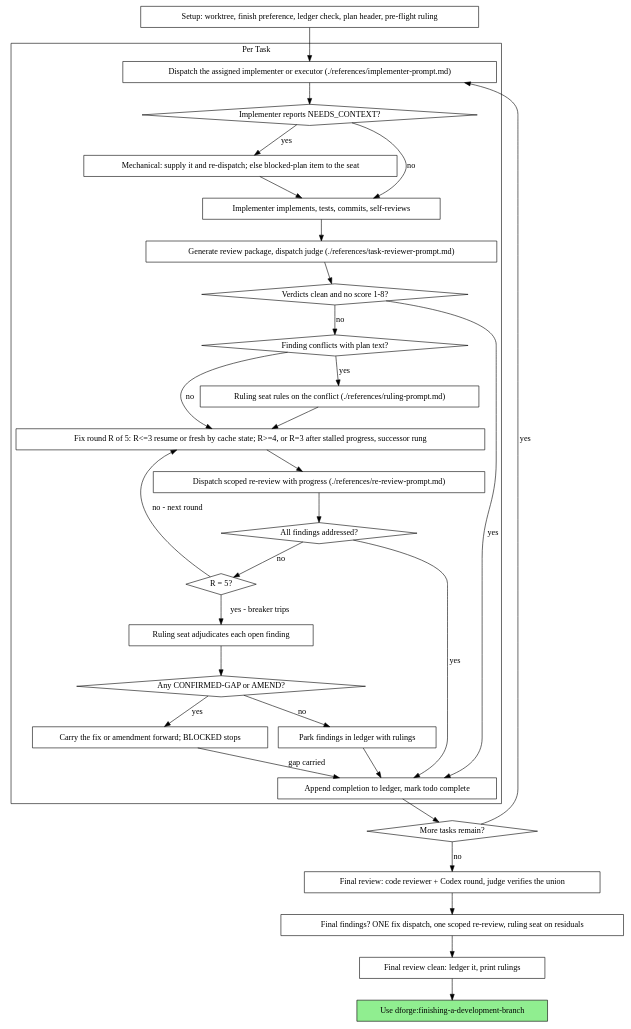
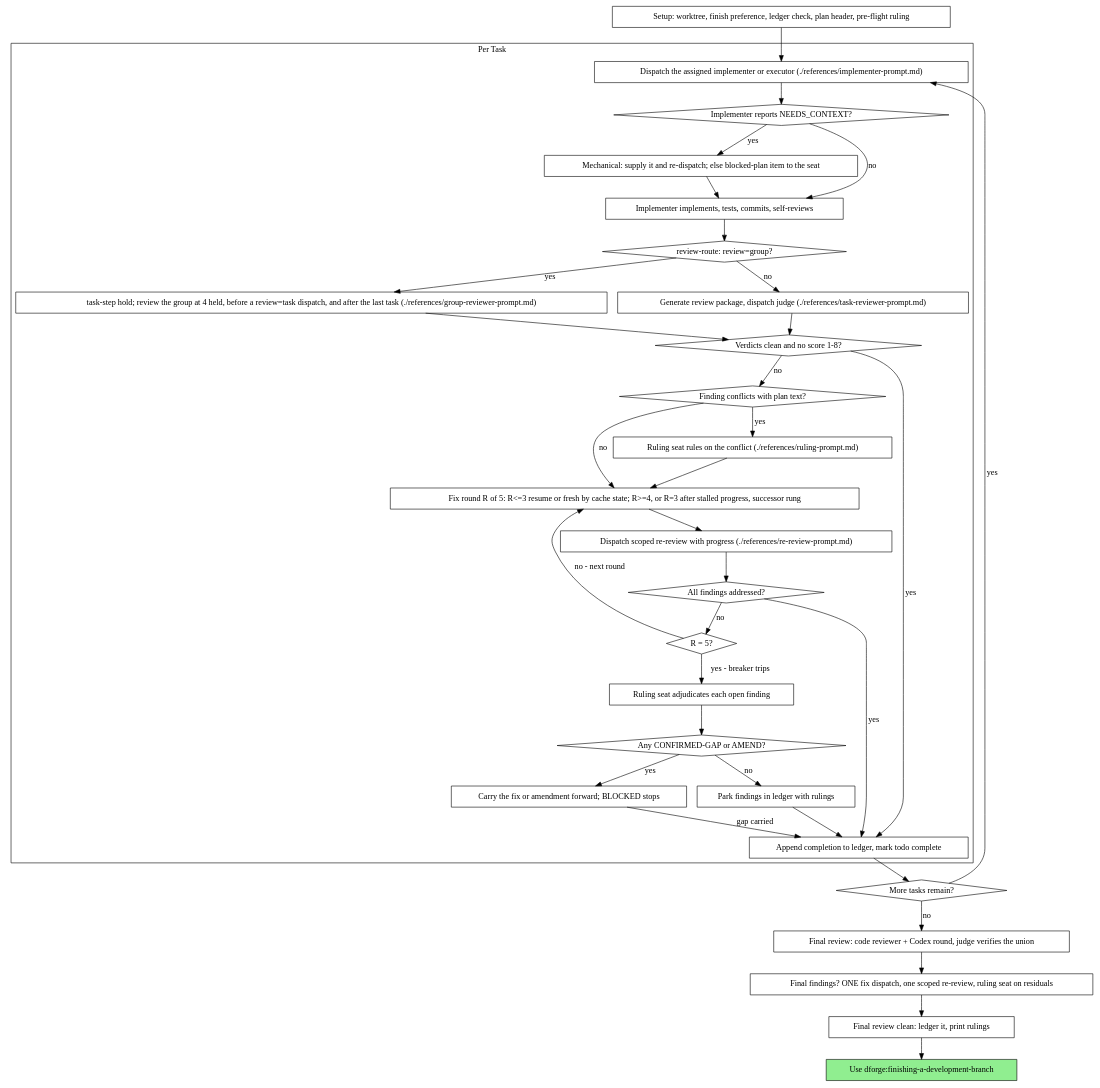
The diagram in plugins/dforge/skills/subagent-driven-development/SKILL.md (darkraise/darkraise-ai-plugins), drawn with Graphviz before and after one commit. The commit also changed other lines of this file and 3 other files, not shown here.

Commit message:
feat(dforge): run group reviews in the task loop

````diff
--- a/plugins/dforge/skills/subagent-driven-development/SKILL.md
+++ b/plugins/dforge/skills/subagent-driven-development/SKILL.md
@@ -166,63 +168,68 @@
 ```dot
 digraph process {
     rankdir=TB;
 
     subgraph cluster_per_task {
         label="Per Task";
         "Dispatch the assigned implementer or executor (./references/implementer-prompt.md)" [shape=box];
         "Implementer reports NEEDS_CONTEXT?" [shape=diamond];
         "Mechanical: supply it and re-dispatch; else blocked-plan item to the seat" [shape=box];
         "Implementer implements, tests, commits, self-reviews" [shape=box];
+        "review-route: review=group?" [shape=diamond];
+        "task-step hold; review the group at 4 held, before a review=task dispatch, and after the last task (./references/group-reviewer-prompt.md)" [shape=box];
         "Generate review package, dispatch judge (./references/task-reviewer-prompt.md)" [shape=box];
         "Verdicts clean and no score 1-8?" [shape=diamond];
         "Finding conflicts with plan text?" [shape=diamond];
         "Ruling seat rules on the conflict (./references/ruling-prompt.md)" [shape=box];
         "Fix round R of 5: R<=3 resume or fresh by cache state; R>=4, or R=3 after stalled progress, successor rung" [shape=box];
         "Dispatch scoped re-review with progress (./references/re-review-prompt.md)" [shape=box];
         "All findings addressed?" [shape=diamond];
         "R = 5?" [shape=diamond];
         "Ruling seat adjudicates each open finding" [shape=box];
         "Any CONFIRMED-GAP or AMEND?" [shape=diamond];
         "Carry the fix or amendment forward; BLOCKED stops" [shape=box];
         "Park findings in ledger with rulings" [shape=box];
         "Append completion to ledger, mark todo complete" [shape=box];
     }
 
     "Setup: worktree, finish preference, ledger check, plan header, pre-flight ruling" [shape=box];
     "More tasks remain?" [shape=diamond];
     "Final review: code reviewer + Codex round, judge verifies the union" [shape=box];
     "Final findings? ONE fix dispatch, one scoped re-review, ruling seat on residuals" [shape=box];
     "Final review clean: ledger it, print rulings" [shape=box];
     "Use dforge:finishing-a-development-branch" [shape=box style=filled fillcolor=lightgreen];
 
     "Setup: worktree, finish preference, ledger check, plan header, pre-flight ruling" -> "Dispatch the assigned implementer or executor (./references/implementer-prompt.md)";
     "Dispatch the assigned implementer or executor (./references/implementer-prompt.md)" -> "Implementer reports NEEDS_CONTEXT?";
     "Implementer reports NEEDS_CONTEXT?" -> "Mechanical: supply it and re-dispatch; else blocked-plan item to the seat" [label="yes"];
     "Mechanical: supply it and re-dispatch; else blocked-plan item to the seat" -> "Implementer implements, tests, commits, self-reviews";
     "Implementer reports NEEDS_CONTEXT?" -> "Implementer implements, tests, commits, self-reviews" [label="no"];
-    "Implementer implements, tests, commits, self-reviews" -> "Generate review package, dispatch judge (./references/task-reviewer-prompt.md)";
+    "Implementer implements, tests, commits, self-reviews" -> "review-route: review=group?";
+    "review-route: review=group?" -> "Generate review package, dispatch judge (./references/task-reviewer-prompt.md)" [label="no"];
+    "review-route: review=group?" -> "task-step hold; review the group at 4 held, before a review=task dispatch, and after the last task (./references/group-reviewer-prompt.md)" [label="yes"];
+    "task-step hold; review the group at 4 held, before a review=task dispatch, and after the last task (./references/group-reviewer-prompt.md)" -> "Verdicts clean and no score 1-8?";
     "Generate review package, dispatch judge (./references/task-reviewer-prompt.md)" -> "Verdicts clean and no score 1-8?";
     "Verdicts clean and no score 1-8?" -> "Append completion to ledger, mark todo complete" [label="yes"];
     "Verdicts clean and no score 1-8?" -> "Finding conflicts with plan text?" [label="no"];
     "Finding conflicts with plan text?" -> "Ruling seat rules on the conflict (./references/ruling-prompt.md)" [label="yes"];
     "Ruling seat rules on the conflict (./references/ruling-prompt.md)" -> "Fix round R of 5: R<=3 resume or fresh by cache state; R>=4, or R=3 after stalled progress, successor rung";
     "Finding conflicts with plan text?" -> "Fix round R of 5: R<=3 resume or fresh by cache state; R>=4, or R=3 after stalled progress, successor rung" [label="no"];
     "Fix round R of 5: R<=3 resume or fresh by cache state; R>=4, or R=3 after stalled progress, successor rung" -> "Dispatch scoped re-review with progress (./references/re-review-prompt.md)";
     "Dispatch scoped re-review with progress (./references/re-review-prompt.md)" -> "All findings addressed?";
     "All findings addressed?" -> "Append completion to ledger, mark todo complete" [label="yes"];
     "All findings addressed?" -> "R = 5?" [label="no"];
     "R = 5?" -> "Fix round R of 5: R<=3 resume or fresh by cache state; R>=4, or R=3 after stalled progress, successor rung" [label="no - next round"];
     "R = 5?" -> "Ruling seat adjudicates each open finding" [label="yes - breaker trips"];
     "Ruling seat adjudicates each open finding" -> "Any CONFIRMED-GAP or AMEND?";
     "Any CONFIRMED-GAP or AMEND?" -> "Carry the fix or amendment forward; BLOCKED stops" [label="yes"];
     "Carry the fix or amendment forward; BLOCKED stops" -> "Append completion to ledger, mark todo complete" [label="gap carried"];
     "Any CONFIRMED-GAP or AMEND?" -> "Park findings in ledger with rulings" [label="no"];
     "Park findings in ledger with rulings" -> "Append completion to ledger, mark todo complete";
     "Append completion to ledger, mark todo complete" -> "More tasks remain?";
     "More tasks remain?" -> "Dispatch the assigned implementer or executor (./references/implementer-prompt.md)" [label="yes"];
     "More tasks remain?" -> "Final review: code reviewer + Codex round, judge verifies the union" [label="no"];
     "Final review: code reviewer + Codex round, judge verifies the union" -> "Final findings? ONE fix dispatch, one scoped re-review, ruling seat on residuals";
     "Final findings? ONE fix dispatch, one scoped re-review, ruling seat on residuals" -> "Final review clean: ledger it, print rulings";
     "Final review clean: ledger it, print rulings" -> "Use dforge:finishing-a-development-branch";
 }
 ```
````
